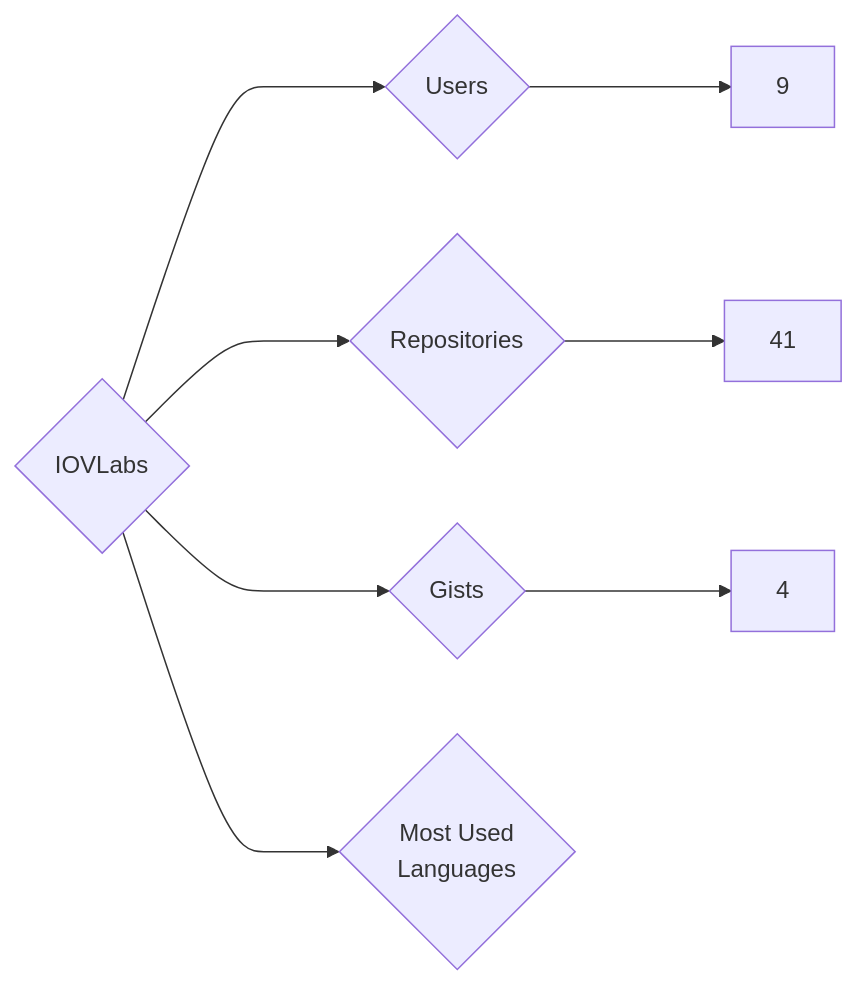
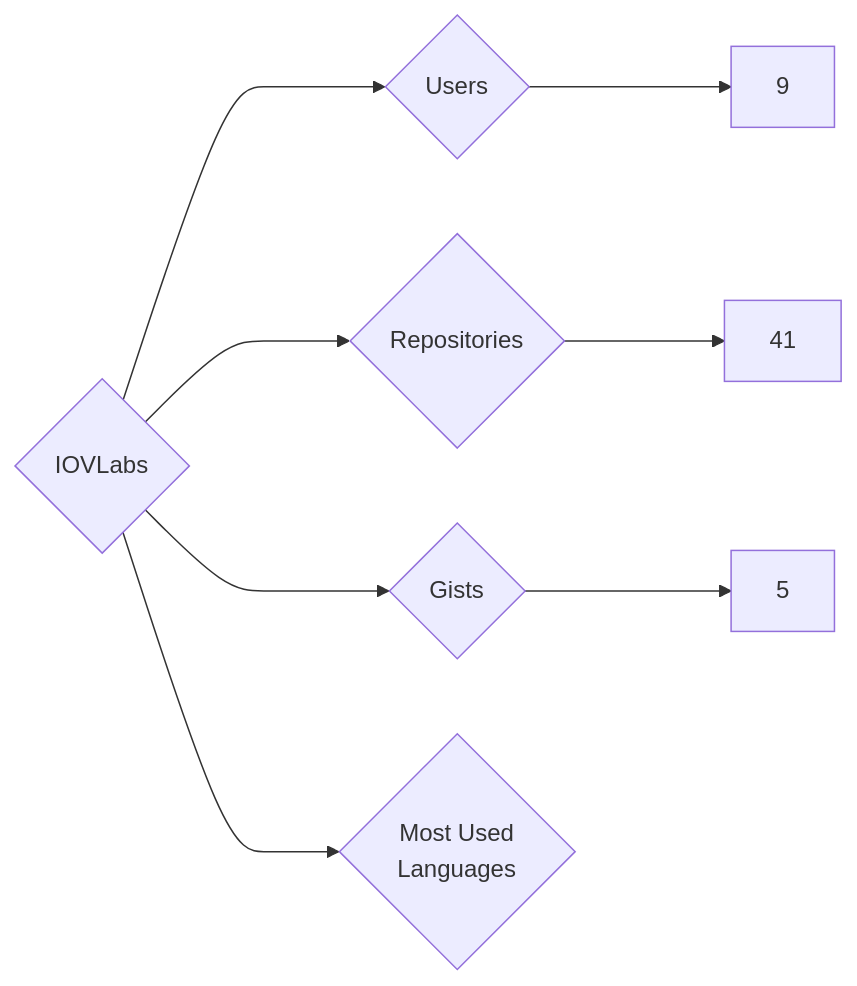
Before and after one commit to nenadzaric/insiders: the diagram in targets/IOVLabs/README.md, drawn with Mermaid. The commit also changed 1342 other files, not shown here.

````diff
--- a/targets/IOVLabs/README.md
+++ b/targets/IOVLabs/README.md
@@ -3,8 +3,8 @@
 ```mermaid
 graph LR
 COMPANY_NAME{IOVLabs}
 COMPANY_NAME ---> U{Users} ---> UN[9]
 COMPANY_NAME ---> R{Repositories} ---> RN[41]
-COMPANY_NAME ---> G{Gists} ---> GN[4]
+COMPANY_NAME ---> G{Gists} ---> GN[5]
 COMPANY_NAME ---> ML{Most Used<br>Languages}
 ```
````
